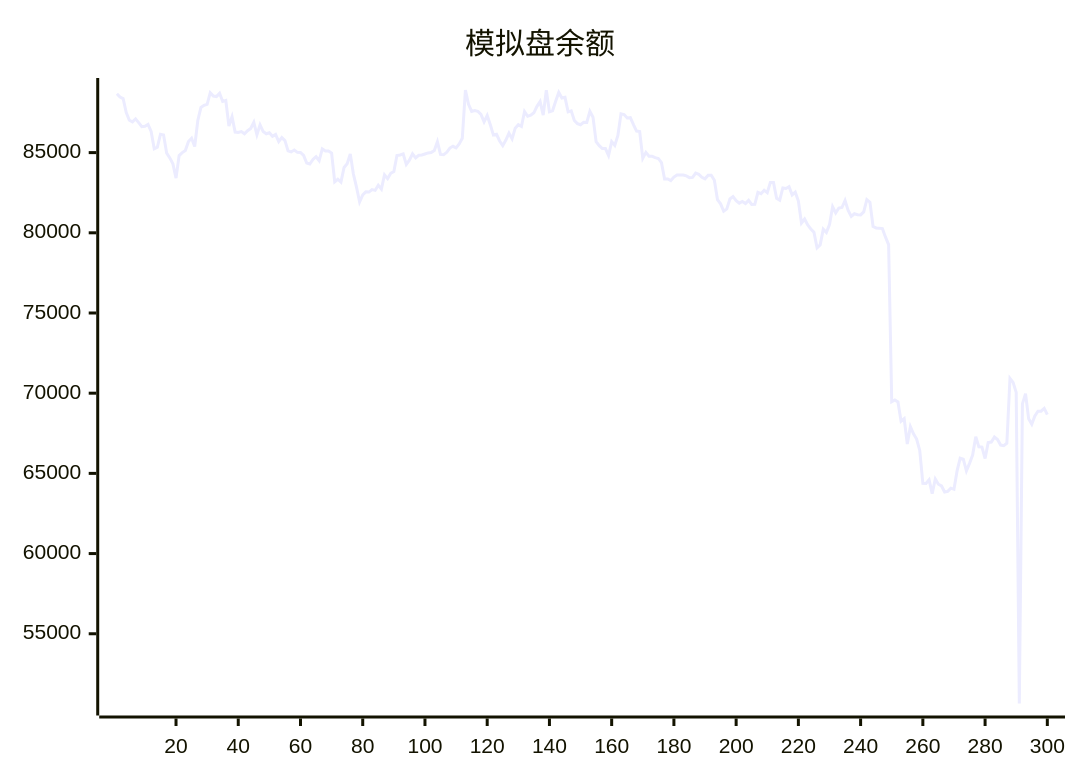
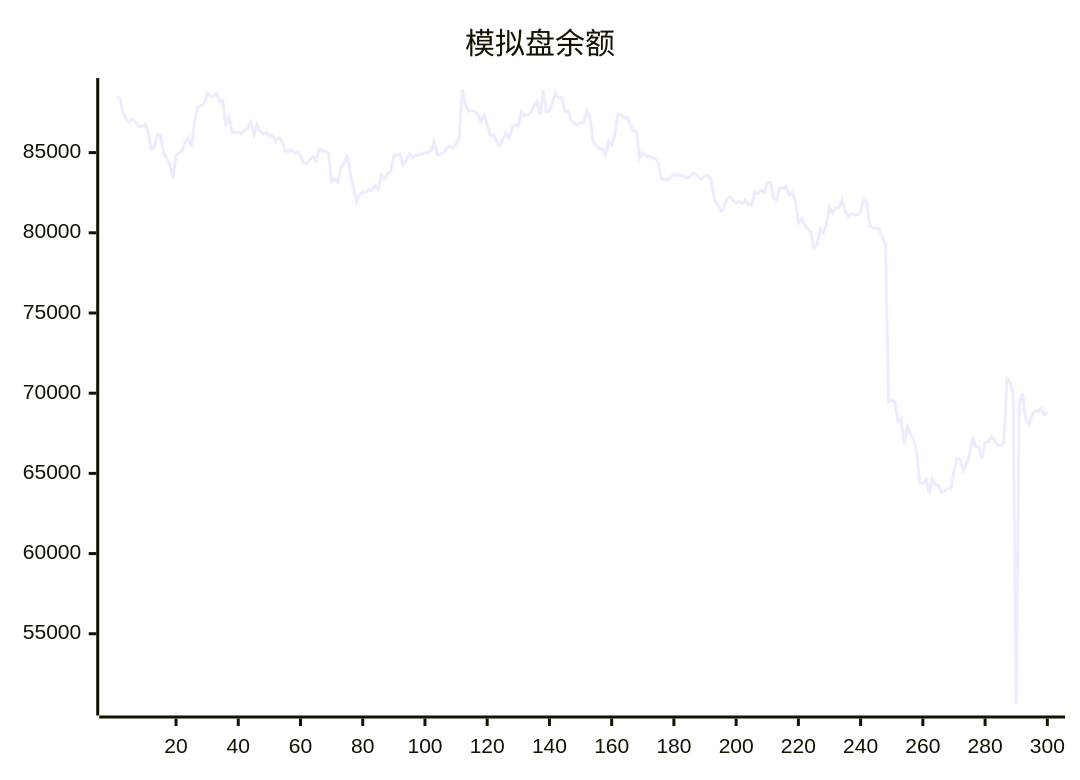
Before and after one commit to aahl/ai-trading: the diagram in README.md, drawn with Mermaid. The commit also changed other lines of this file and 1 other file, not shown here.

````diff
--- a/README.md
+++ b/README.md
@@ -5,5 +5,5 @@
 ```mermaid
 xychart
     title "模拟盘余额"
-    line [88668,88467,88372,87493,87018,86917,87102,86870,86613,86644,86758,86317,85242,85334,86149,86106,84968,84671,84302,83410,84816,85001,85127,85693,85891,85384,87001,87811,87945,88007,88734,88528,88495,88705,88189,88248,86662,87234,86279,86251,86314,86177,86364,86503,86886,86114,86731,86310,86176,86240,86017,86136,85685,85938,85749,85111,85044,85164,85016,85008,84824,84354,84287,84572,84745,84500,85234,85096,85095,84970,83180,83338,83157,84070,84309,84922,83667,82850,81924,82369,82552,82539,82695,82648,82962,82728,83619,83378,83710,83825,84819,84854,84917,84265,84527,84919,84668,84834,84850,84916,84981,85004,85131,85674,84891,84864,85019,85284,85393,85294,85538,85894,88904,88012,87567,87625,87568,87386,86920,87313,86737,86094,86143,85725,85437,85787,86219,85859,86526,86740,86630,87563,87264,87335,87483,87886,88180,87335,88894,87544,87608,88207,88755,88401,88444,87543,87608,87000,86810,86740,86894,86884,87576,87209,85686,85435,85251,85255,84820,85689,85453,86066,87420,87373,87161,87178,86740,86341,86315,84643,85012,84772,84768,84690,84635,84376,83360,83357,83259,83474,83608,83606,83602,83548,83440,83454,83724,83644,83464,83365,83590,83592,83275,82072,81806,81344,81492,82109,82254,82006,81848,81955,81829,82022,81769,81776,82522,82441,82656,82498,83144,83144,82150,82038,82797,82763,82872,82367,82536,81981,80612,80862,80484,80242,80034,79063,79245,80226,80016,80507,81625,81233,81544,81578,82016,81401,81019,81186,81130,81118,81306,82066,81909,80392,80304,80291,80258,79729,79261,69466,69579,69456,68251,68415,66832,67911,67462,67144,66432,64380,64375,64606,63740,64647,64324,64216,63842,63877,64078,64008,65156,65945,65888,65157,65625,66144,67284,66653,66639,65924,66925,66956,67263,67108,66766,66729,66886,70927,70673,70049,50652,69334,69973,68400,68061,68578,68876,68879,69055,68662]
+    line [88467,88372,87493,87018,86917,87102,86870,86613,86644,86758,86317,85242,85334,86149,86106,84968,84671,84302,83410,84816,85001,85127,85693,85891,85384,87001,87811,87945,88007,88734,88528,88495,88705,88189,88248,86662,87234,86279,86251,86314,86177,86364,86503,86886,86114,86731,86310,86176,86240,86017,86136,85685,85938,85749,85111,85044,85164,85016,85008,84824,84354,84287,84572,84745,84500,85234,85096,85095,84970,83180,83338,83157,84070,84309,84922,83667,82850,81924,82369,82552,82539,82695,82648,82962,82728,83619,83378,83710,83825,84819,84854,84917,84265,84527,84919,84668,84834,84850,84916,84981,85004,85131,85674,84891,84864,85019,85284,85393,85294,85538,85894,88904,88012,87567,87625,87568,87386,86920,87313,86737,86094,86143,85725,85437,85787,86219,85859,86526,86740,86630,87563,87264,87335,87483,87886,88180,87335,88894,87544,87608,88207,88755,88401,88444,87543,87608,87000,86810,86740,86894,86884,87576,87209,85686,85435,85251,85255,84820,85689,85453,86066,87420,87373,87161,87178,86740,86341,86315,84643,85012,84772,84768,84690,84635,84376,83360,83357,83259,83474,83608,83606,83602,83548,83440,83454,83724,83644,83464,83365,83590,83592,83275,82072,81806,81344,81492,82109,82254,82006,81848,81955,81829,82022,81769,81776,82522,82441,82656,82498,83144,83144,82150,82038,82797,82763,82872,82367,82536,81981,80612,80862,80484,80242,80034,79063,79245,80226,80016,80507,81625,81233,81544,81578,82016,81401,81019,81186,81130,81118,81306,82066,81909,80392,80304,80291,80258,79729,79261,69466,69579,69456,68251,68415,66832,67911,67462,67144,66432,64380,64375,64606,63740,64647,64324,64216,63842,63877,64078,64008,65156,65945,65888,65157,65625,66144,67284,66653,66639,65924,66925,66956,67263,67108,66766,66729,66886,70927,70673,70049,50652,69334,69973,68400,68061,68578,68876,68879,69055,68662,68822]
 ```
````
